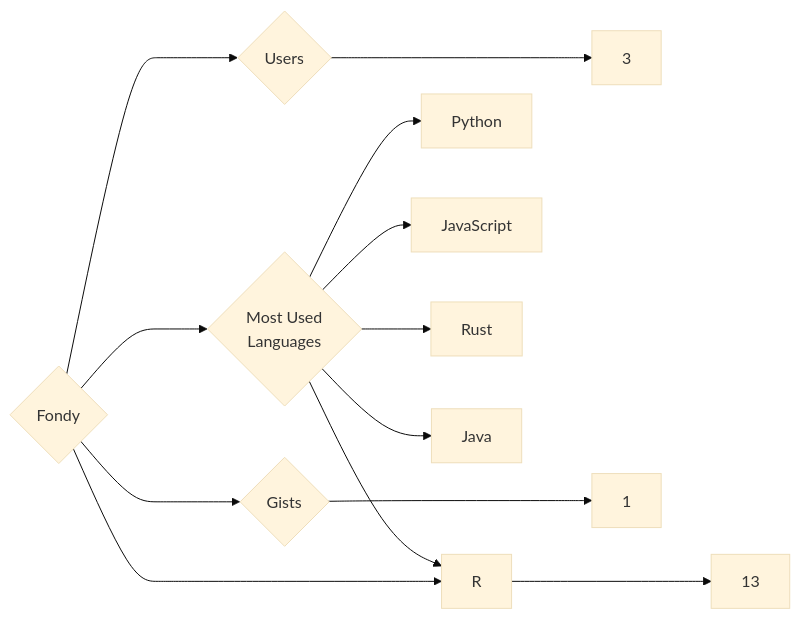
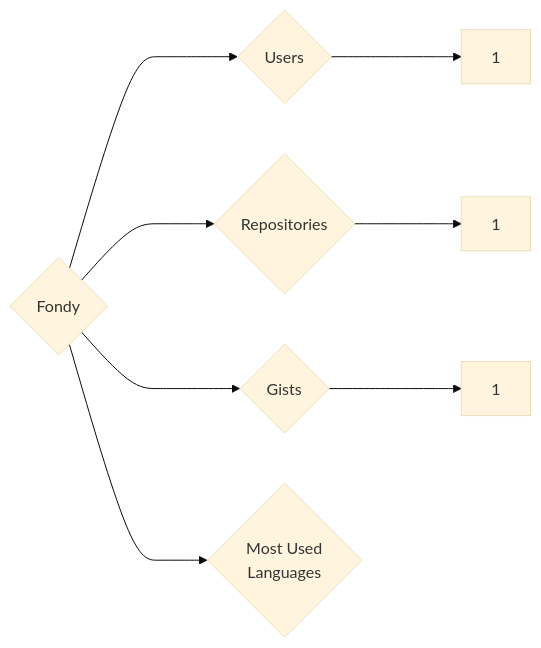
The diagram in targets/Fondy/README.md (trickest/insiders), drawn with Mermaid (base theme) before and after one commit. The commit also changed 679 other files, not shown here.

````diff
--- a/targets/Fondy/README.md
+++ b/targets/Fondy/README.md
@@ -3,13 +3,8 @@
 ```mermaid
 graph LR
 COMPANY_NAME{Fondy}
-COMPANY_NAME ---> U{Users} ---> UN[3]
-COMPANY_NAME ---> R{Repositories} ---> RN[13]
+COMPANY_NAME ---> U{Users} ---> UN[1]
+COMPANY_NAME ---> R{Repositories} ---> RN[1]
 COMPANY_NAME ---> G{Gists} ---> GN[1]
 COMPANY_NAME ---> ML{Most Used<br>Languages}
-ML --> Python[Python]
-ML --> JavaScript[JavaScript]
-ML --> Rust[Rust]
-ML --> R[R]
-ML --> Java[Java]
 ```
````
